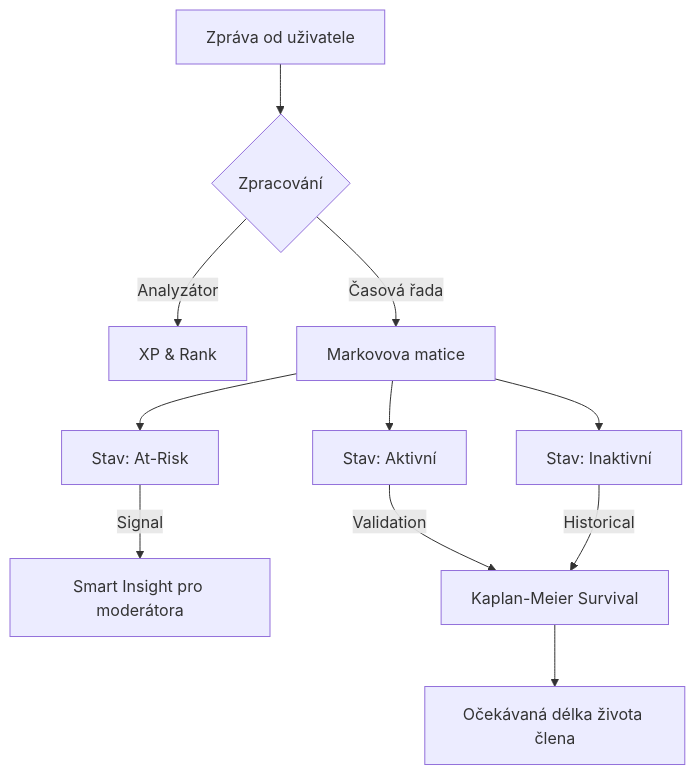
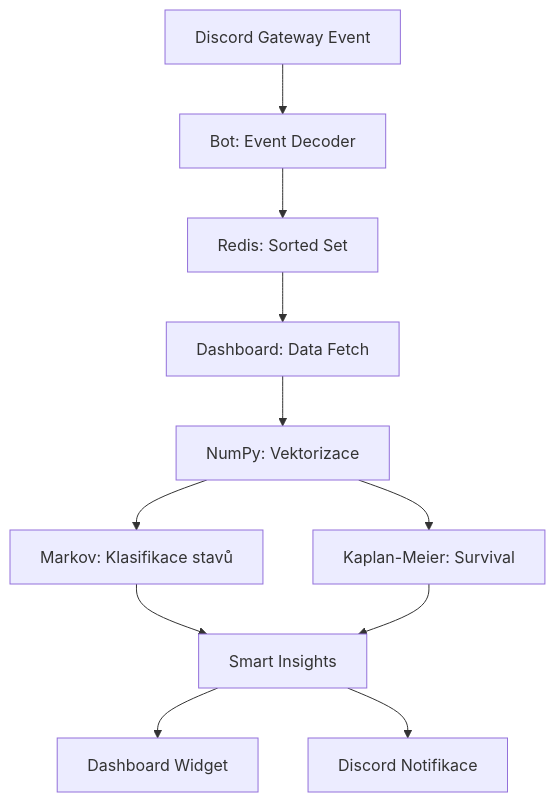
One commit to MarciPhan/2026-BP-Marcinka-PredikceChov-n- changed the first of 2 diagrams in docs-site/ai.md. Above: the diagram before and after it, drawn with Mermaid. The commit also changed other lines of this file and 44 other files, not shown here.

````diff
--- a/docs-site/ai.md
+++ b/docs-site/ai.md
@@ -7,13 +7,13 @@
 ```mermaid
 graph TD
-    A[Zpráva od uživatele] --> B{Zpracování}
-    B -->|Analyzátor| C[XP & Rank]
-    B -->|Časová řada| D[Markovova matice]
-    D --> E[Stav: Aktivní]
-    D --> F[Stav: At-Risk]
-    D --> G[Stav: Inaktivní]
-    F -->|Signal| H[Smart Insight pro moderátora]
-    E -->|Validation| I[Kaplan-Meier Survival]
-    G -->|Historical| I
-    I --> J[Očekávaná délka života člena]
+    A[Discord Gateway Event] --> B[Bot: Event Decoder]
+    B --> C[Redis: Sorted Set]
+    C --> D[Dashboard: Data Fetch]
+    D --> E[NumPy: Vektorizace]
+    E --> F[Markov: Klasifikace stavů]
+    E --> G[Kaplan-Meier: Survival]
+    F --> H[Smart Insights]
+    G --> H
+    H --> I[Dashboard Widget]
+    H --> J[Discord Notifikace]
 ```
````
